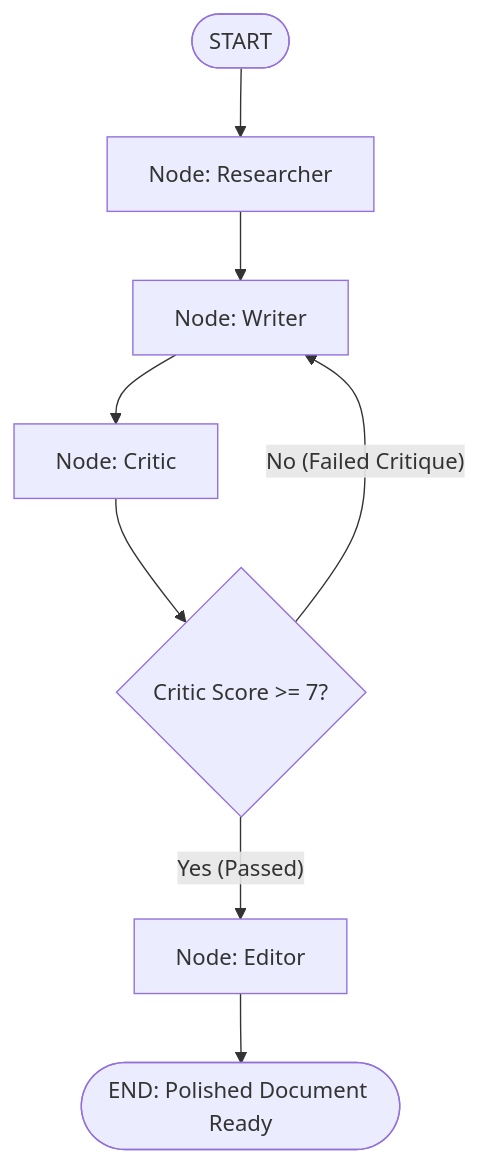
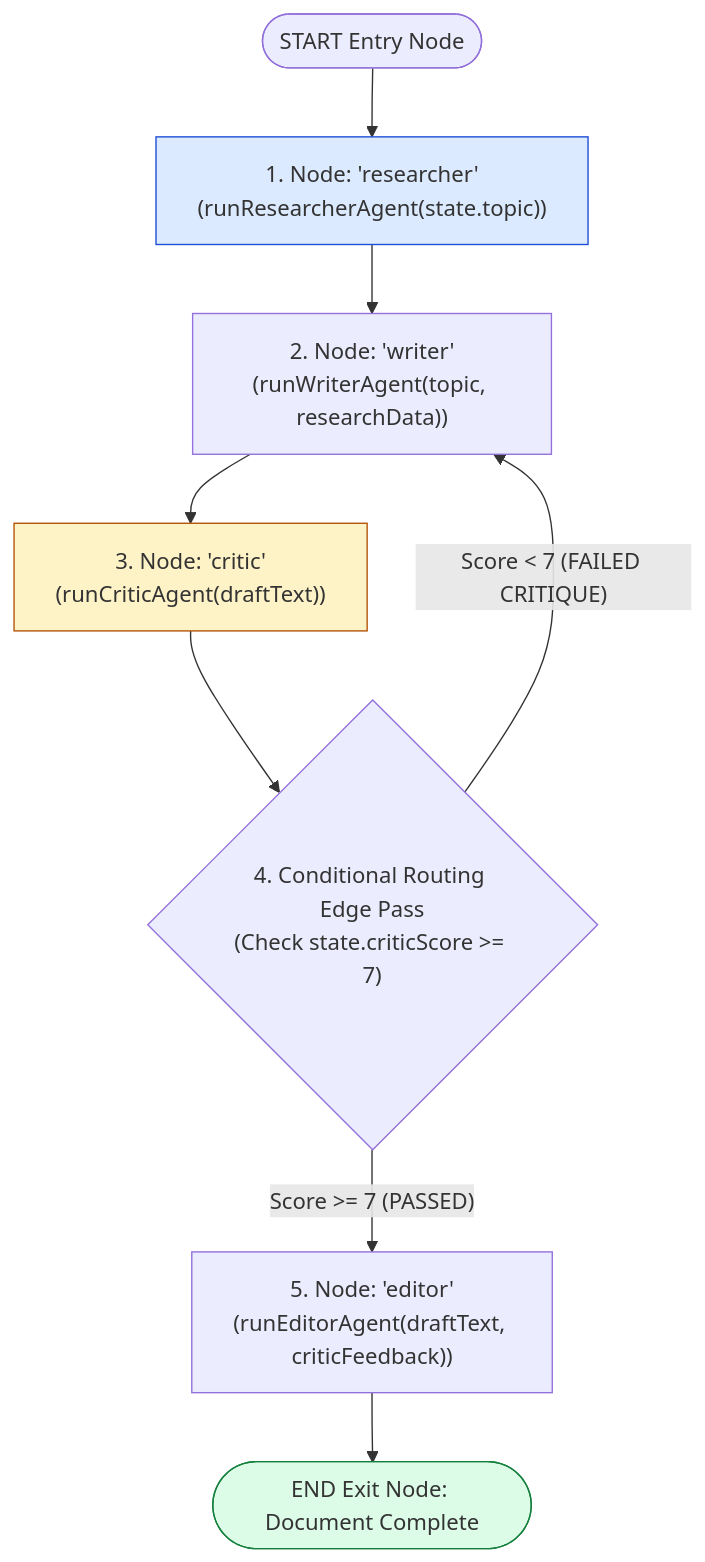
Before and after one commit to Amie-dev/engineering-playbook: the first of 3 diagrams in agentic-ai-notes/07-neta-multiagent/07-langgraph-state-graph.md, drawn with Mermaid. The commit also changed other lines of this file and 12 other files, not shown here.

First line of the commit message:
Refactor multi-agent architecture with centralized memory bus, prompts, tools, and quality evaluation

````diff
--- a/agentic-ai-notes/07-neta-multiagent/07-langgraph-state-graph.md
+++ b/agentic-ai-notes/07-neta-multiagent/07-langgraph-state-graph.md
@@ -10,12 +13,20 @@
 ```mermaid
 flowchart TD
-    START([START]) --> NodeResearch[Node: Researcher]
-    NodeResearch --> NodeWriter[Node: Writer]
-    NodeWriter --> NodeCritic[Node: Critic]
-    
-    NodeCritic --> EdgeScore{Critic Score >= 7?}
-    EdgeScore -- "Yes (Passed)" --> NodeEditor[Node: Editor]
-    EdgeScore -- "No (Failed Critique)" --> NodeWriter
-    
-    NodeEditor --> END([END: Polished Document Ready])
+    START([START Entry Node]) --> NodeResearch["1. Node: 'researcher'<br/>(runResearcherAgent(state.topic))"]
+
+    NodeResearch --> NodeWriter["2. Node: 'writer'<br/>(runWriterAgent(topic, researchData))"]
+
+    NodeWriter --> NodeCritic["3. Node: 'critic'<br/>(runCriticAgent(draftText))"]
+
+    NodeCritic --> ConditionalEdge{"4. Conditional Routing Edge Pass<br/>(Check state.criticScore >= 7)"}
+
+    ConditionalEdge -- "Score >= 7 (PASSED)" --> NodeEditor["5. Node: 'editor'<br/>(runEditorAgent(draftText, criticFeedback))"]
+
+    ConditionalEdge -- "Score < 7 (FAILED CRITIQUE)" --> NodeWriter
+
+    NodeEditor --> END([END Exit Node: Document Complete])
+
+    style NodeResearch fill:#dbeafe,stroke:#1d4ed8
+    style NodeCritic fill:#fef3c7,stroke:#b45309
+    style END fill:#dcfce7,stroke:#15803d
 ```
````
